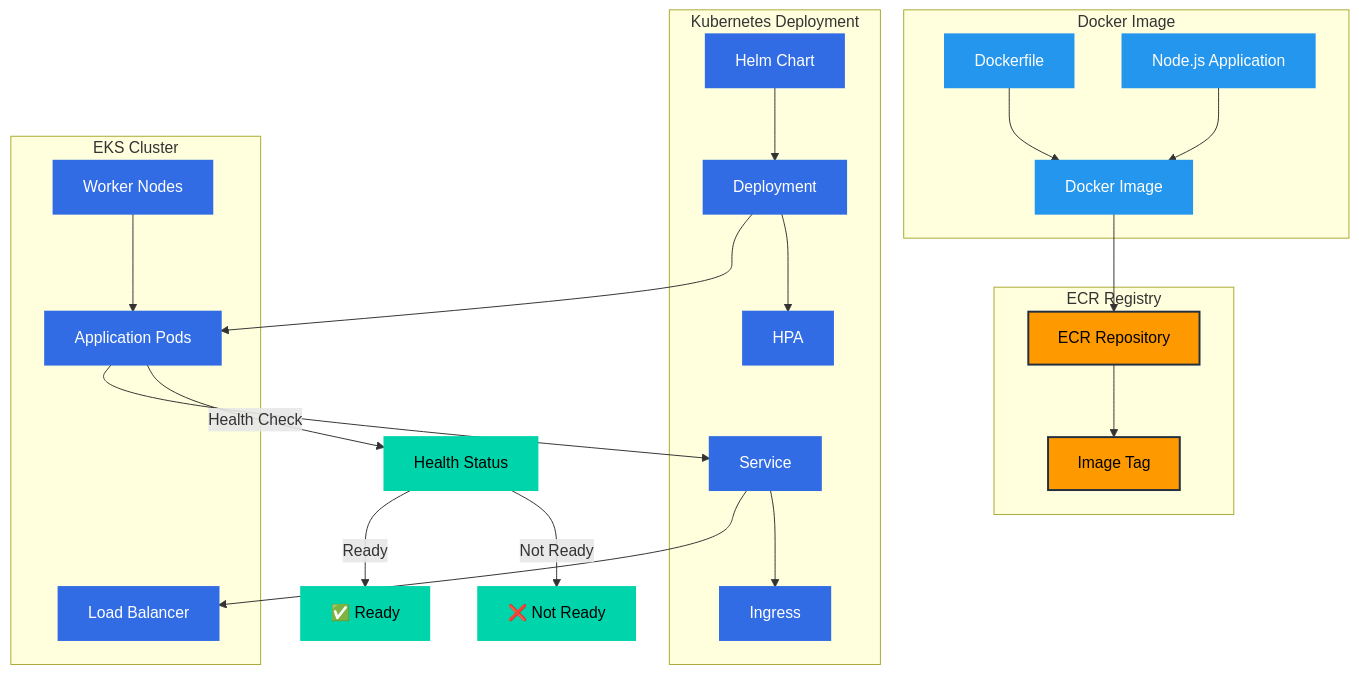
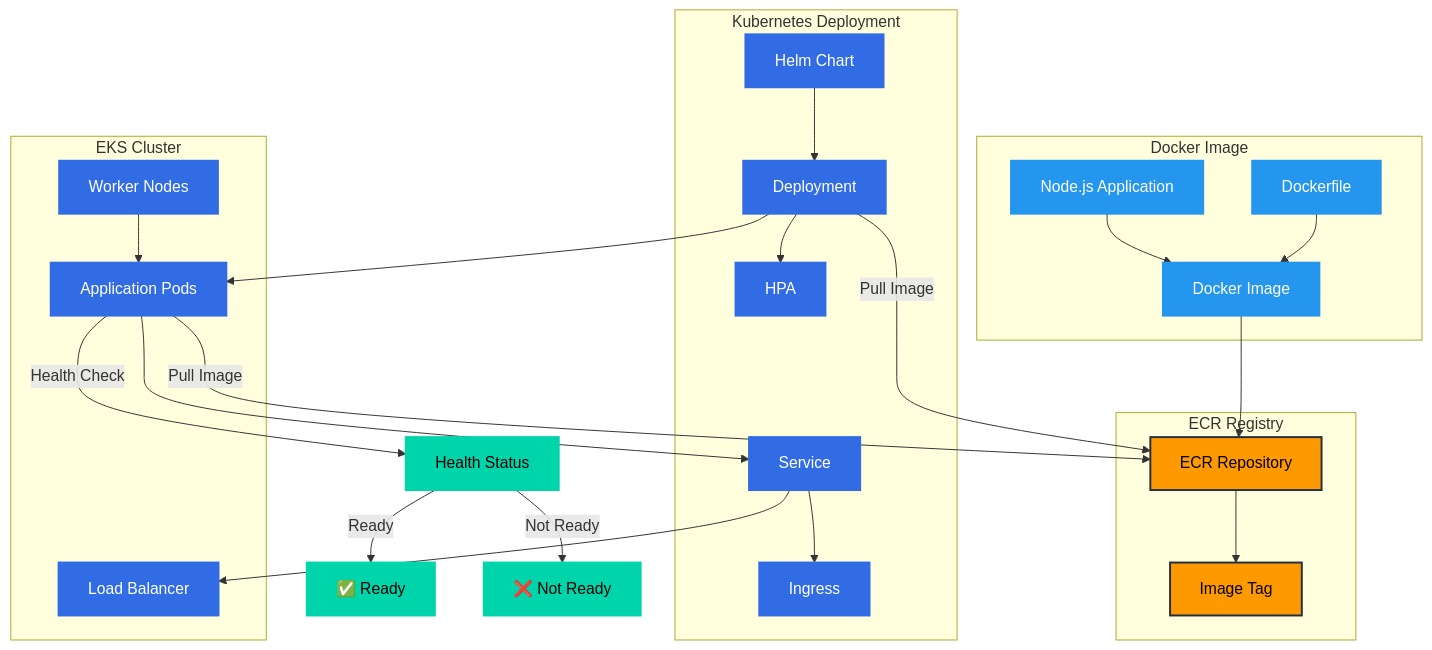
One commit to paul123z/SRE-Terraform-EKS-AWS-Incident-Scenario changed the fourth of 8 diagrams in ARCHITECTURE_FLOWCHARTS.md. Above: the diagram before and after it, drawn with Mermaid. The commit also changed other lines of this file and 2 other files, not shown here.

Commit message:
newest flowchart

````diff
--- a/ARCHITECTURE_FLOWCHARTS.md
+++ b/ARCHITECTURE_FLOWCHARTS.md
@@ -354,61 +356,63 @@
 ```mermaid
 graph TD
     subgraph "Docker Image"
         DOCKERFILE[Dockerfile]
         APP_CODE[Node.js Application]
         DOCKER_IMAGE[Docker Image]
     end
     
     subgraph "ECR Registry"
         ECR_REPO[ECR Repository]
         IMAGE_TAG[Image Tag]
     end
     
     subgraph "Kubernetes Deployment"
         HELM_CHART[Helm Chart]
         DEPLOYMENT[Deployment]
         SERVICE[Service]
         HPA[HPA]
         INGRESS[Ingress]
     end
     
     subgraph "EKS Cluster"
         NODES[Worker Nodes]
         PODS[Application Pods]
         LOAD_BALANCER[Load Balancer]
     end
     
     %% Docker Build
     DOCKERFILE --> DOCKER_IMAGE
     APP_CODE --> DOCKER_IMAGE
     
     %% ECR Push
     DOCKER_IMAGE --> ECR_REPO
     ECR_REPO --> IMAGE_TAG
     
     %% Kubernetes Deploy
     HELM_CHART --> DEPLOYMENT
+    DEPLOYMENT -->|Pull Image| ECR_REPO
     DEPLOYMENT --> PODS
+    PODS -->|Pull Image| ECR_REPO
     PODS --> SERVICE
     SERVICE --> LOAD_BALANCER
     DEPLOYMENT --> HPA
     SERVICE --> INGRESS
     
     %% Node Scheduling
     NODES --> PODS
     
     %% Health Checks
     PODS -->|Health Check| HEALTH[Health Status]
     HEALTH -->|Ready| READY[✅ Ready]
     HEALTH -->|Not Ready| NOT_READY[❌ Not Ready]
     
     classDef docker fill:#2496ED,stroke:#2496ED,stroke-width:2px,color:#fff
     classDef ecr fill:#FF9900,stroke:#232F3E,stroke-width:2px,color:#000
     classDef k8s fill:#326CE5,stroke:#326CE5,stroke-width:2px,color:#fff
     classDef health fill:#00D4AA,stroke:#00D4AA,stroke-width:2px,color:#000
     
     class DOCKERFILE,APP_CODE,DOCKER_IMAGE docker
     class ECR_REPO,IMAGE_TAG ecr
     class HELM_CHART,DEPLOYMENT,SERVICE,HPA,INGRESS,NODES,PODS,LOAD_BALANCER k8s
     class HEALTH,READY,NOT_READY health
 ```
````
